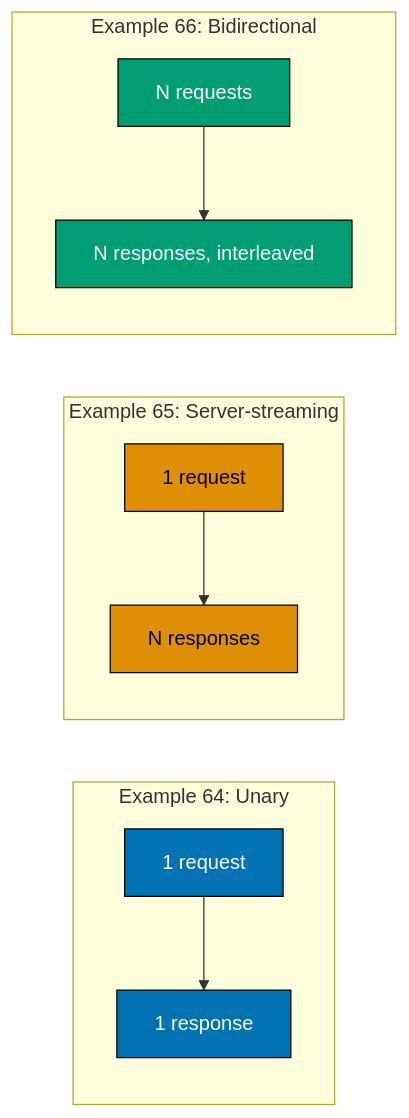
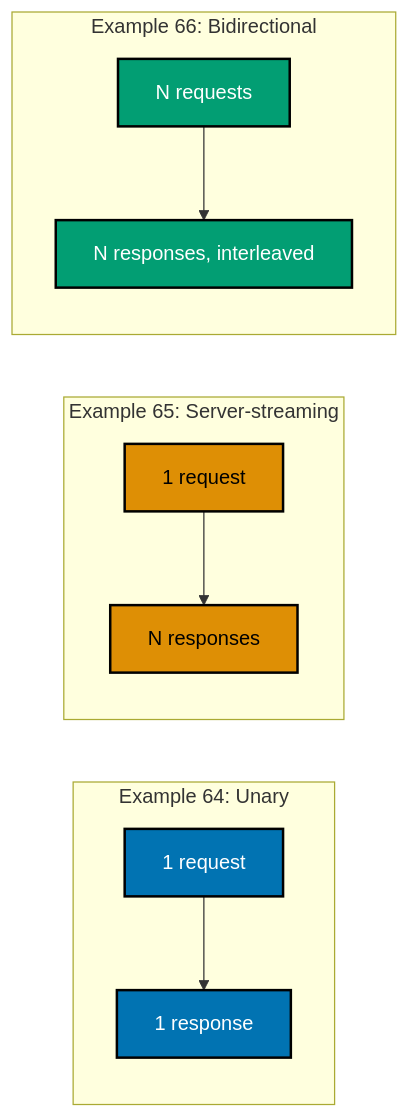
One commit to wahidyankf/open-sharia-fintech changed the fourth of 10 diagrams in apps/ayokoding-www/content/en/learn/courses/api-design/learning/advanced.md. Above: the diagram before and after it, drawn with Mermaid. The commit also changed other lines of this file and 6 other files, not shown here.

````diff
--- a/apps/ayokoding-www/content/en/learn/courses/api-design/learning/advanced.md
+++ b/apps/ayokoding-www/content/en/learn/courses/api-design/learning/advanced.md
@@ -594,20 +602,20 @@
 ```mermaid
 %% Color Palette: Blue #0173B2, Orange #DE8F05, Teal #029E73
 graph LR
     subgraph "Example 64: Unary"
         A1[1 request] --> A2[1 response]
     end
     subgraph "Example 65: Server-streaming"
         B1[1 request] --> B2[N responses]
     end
     subgraph "Example 66: Bidirectional"
         C1[N requests] --> C2[N responses, interleaved]
     end
 
-    style A1 fill:#0173B2,stroke:#000,color:#fff
-    style A2 fill:#0173B2,stroke:#000,color:#fff
-    style B1 fill:#DE8F05,stroke:#000,color:#000
-    style B2 fill:#DE8F05,stroke:#000,color:#000
-    style C1 fill:#029E73,stroke:#000,color:#fff
-    style C2 fill:#029E73,stroke:#000,color:#fff
+    classDef blue fill:#0173B2,stroke:#000000,color:#FFFFFF,stroke-width:2px
+    classDef orange fill:#DE8F05,stroke:#000000,color:#000000,stroke-width:2px
+    classDef teal fill:#029E73,stroke:#000000,color:#FFFFFF,stroke-width:2px
+    class A1,A2 blue
+    class B1,B2 orange
+    class C1,C2 teal
 ```
````
